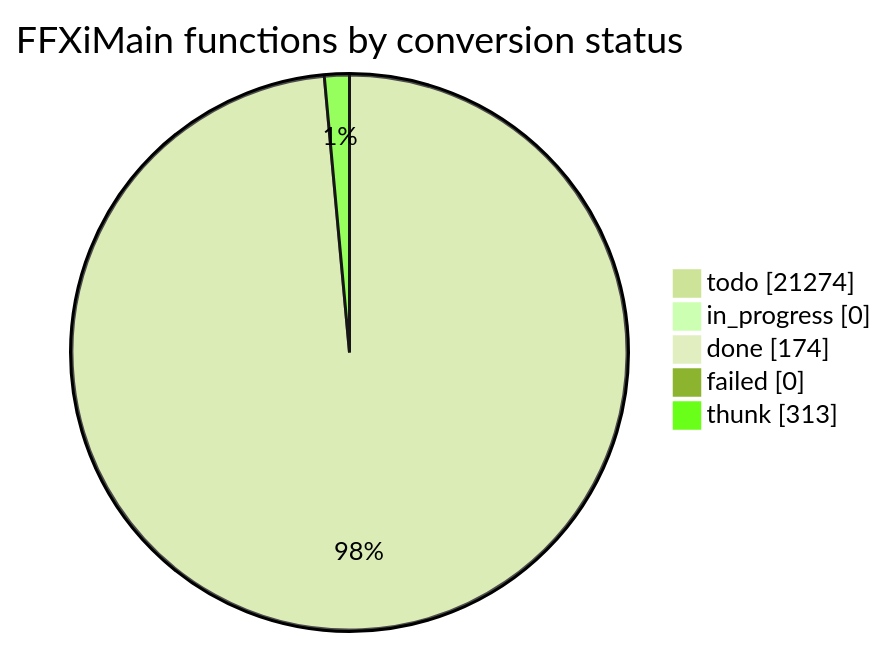
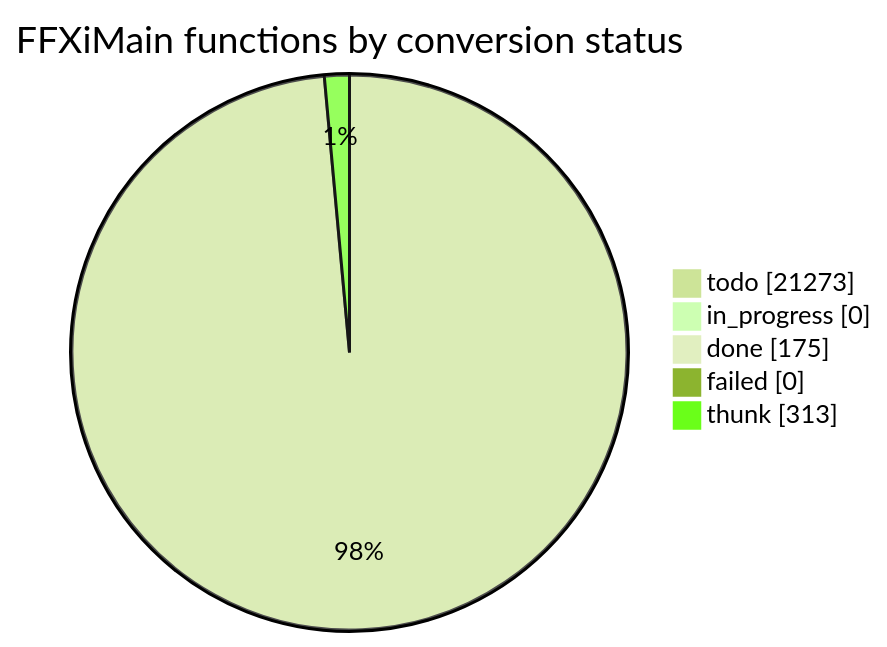
One commit to cowrevenge/cow_kuluu_xi_anything changed the diagram in docs/cow/STATUS.md. Above: the diagram before and after it, drawn with Mermaid (forest theme). The commit also changed other lines of this file and 9 other files, not shown here.

````diff
--- a/docs/cow/STATUS.md
+++ b/docs/cow/STATUS.md
@@ -18,9 +18,9 @@
 ```mermaid
 pie showData
     title FFXiMain functions by conversion status
-    "todo" : 21274
+    "todo" : 21273
     "in_progress" : 0
-    "done" : 174
+    "done" : 175
     "failed" : 0
     "thunk" : 313
 ```
````
